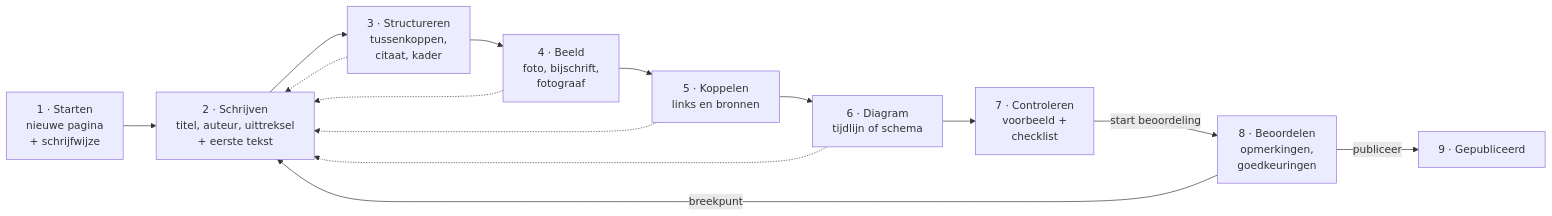
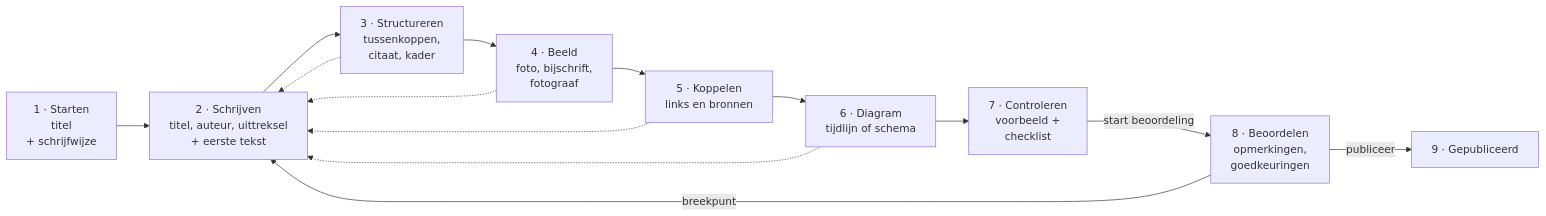
One commit to guidol-ive/hypha changed the first of 7 diagrams in ai/design/concept/20261026_MARKDOWN_EDITOR.md. Above: the diagram before and after it, drawn with Mermaid. The commit also changed other lines of this file and 46 other files, not shown here.

````diff
--- a/ai/design/concept/20261026_MARKDOWN_EDITOR.md
+++ b/ai/design/concept/20261026_MARKDOWN_EDITOR.md
@@ -372,16 +379,16 @@
 ```mermaid
 flowchart LR
-    S1["1 · Starten<br/>nieuwe pagina<br/>+ schrijfwijze"] --> S2["2 · Schrijven<br/>titel, auteur, uittreksel<br/>+ eerste tekst"]
+    S1["1 · Starten<br/>titel<br/>+ schrijfwijze"] --> S2["2 · Schrijven<br/>titel, auteur, uittreksel<br/>+ eerste tekst"]
     S2 --> S3["3 · Structureren<br/>tussenkoppen,<br/>citaat, kader"]
     S3 --> S4["4 · Beeld<br/>foto, bijschrift,<br/>fotograaf"]
     S4 --> S5["5 · Koppelen<br/>links en bronnen"]
     S5 --> S6["6 · Diagram<br/>tijdlijn of schema"]
     S6 --> S7["7 · Controleren<br/>voorbeeld +<br/>checklist"]
     S7 -->|start beoordeling| S8["8 · Beoordelen<br/>opmerkingen,<br/>goedkeuringen"]
     S8 -->|breekpunt| S2
     S8 -->|publiceer| S9["9 · Gepubliceerd"]
     S3 -.-> S2
     S4 -.-> S2
     S5 -.-> S2
     S6 -.-> S2
 ```
````
